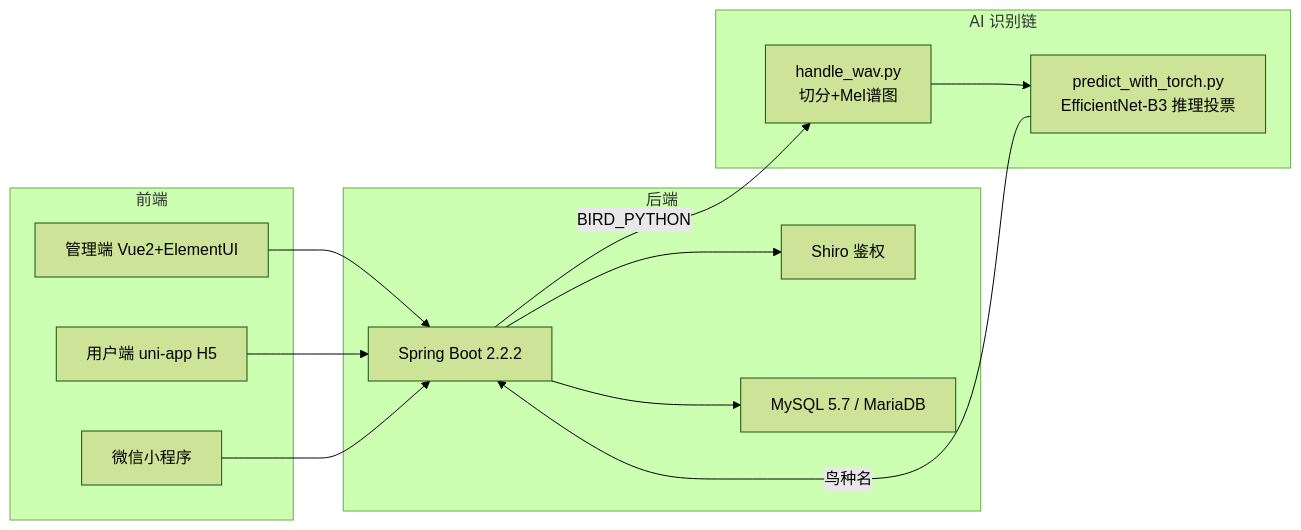
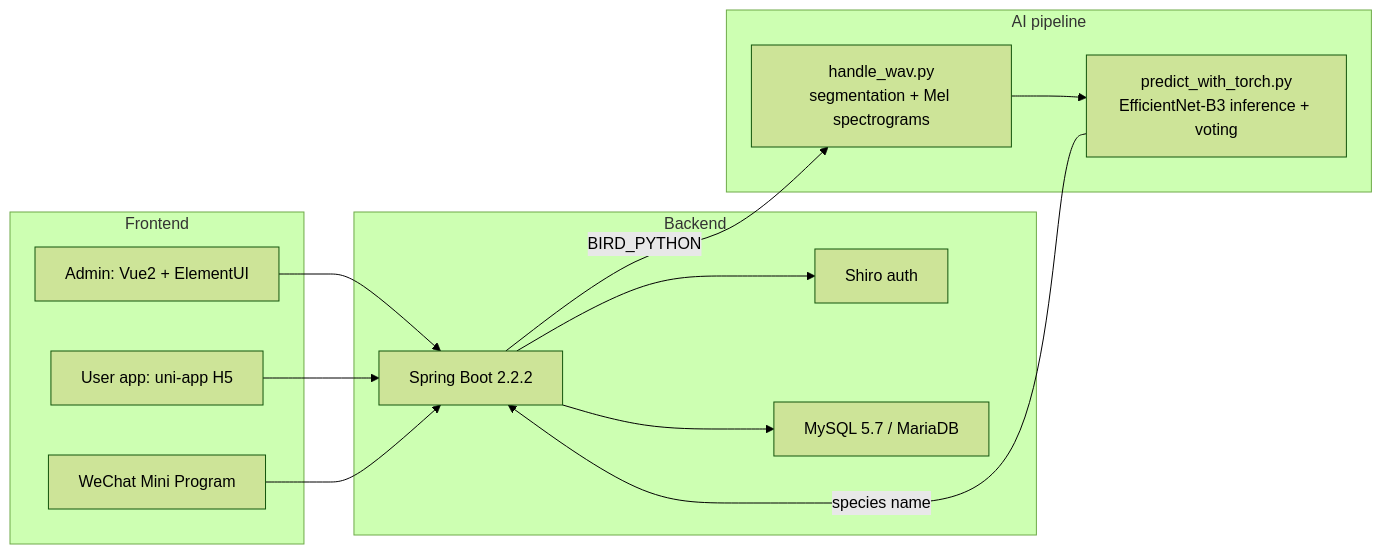
Before and after one commit to hema-ai-dev/bird-song-recognition: the diagram in README.md, drawn with Mermaid (forest theme). The commit also changed other lines of this file and 1 other file, not shown here.

````diff
--- a/README.md
+++ b/README.md
@@ -26,25 +28,25 @@
 ```mermaid
 graph LR
-    subgraph 前端
-        A[管理端 Vue2+ElementUI]
-        B[用户端 uni-app H5]
-        C[微信小程序]
+    subgraph Frontend
+        A[Admin: Vue2 + ElementUI]
+        B[User app: uni-app H5]
+        C[WeChat Mini Program]
     end
-    subgraph 后端
+    subgraph Backend
         D[Spring Boot 2.2.2]
-        E[Shiro 鉴权]
+        E[Shiro auth]
         F[MySQL 5.7 / MariaDB]
     end
-    subgraph AI 识别链
-        G[handle_wav.py<br/>切分+Mel谱图]
-        H[predict_with_torch.py<br/>EfficientNet-B3 推理投票]
+    subgraph AI pipeline
+        G[handle_wav.py<br/>segmentation + Mel spectrograms]
+        H[predict_with_torch.py<br/>EfficientNet-B3 inference + voting]
     end
     A --> D
     B --> D
     C --> D
     D --> E
     D --> F
     D -->|BIRD_PYTHON| G
     G --> H
-    H -->|鸟种名| D
+    H -->|species name| D
 ```
````
